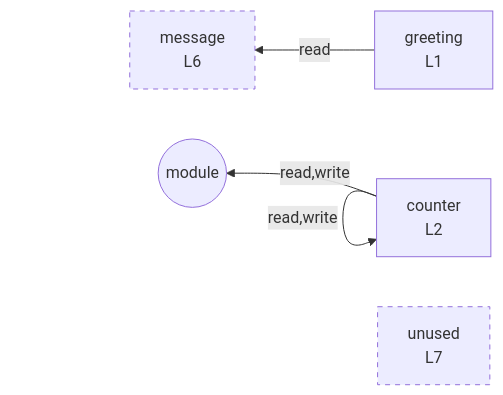
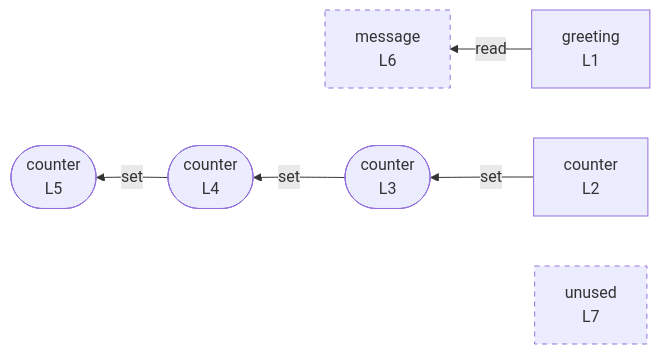
The diagram in integration/fixtures/simple-const-let/preview.md (crescware/unsnarl), drawn with Mermaid before and after one commit. The commit also changed 12 other files, not shown here.

First line of the commit message:
feat(mermaid): chain let writes through dedicated write-op nodes

````diff
--- a/integration/fixtures/simple-const-let/preview.md
+++ b/integration/fixtures/simple-const-let/preview.md
@@ -17,16 +17,17 @@
 ```mermaid
 flowchart RL
   n_scope_0_greeting_6["greeting<br/>L1"]
   n_scope_0_counter_30["counter<br/>L2"]
   n_scope_0_message_97["message<br/>L6"]
   n_scope_0_unused_123["unused<br/>L7"]
-  n_scope_0_counter_30 -->|write| n_scope_0_counter_30
-  n_scope_0_counter_30 -->|read| n_scope_0_counter_30
-  n_scope_0_counter_30 -->|read,write| n_scope_0_counter_30
-  n_scope_0_counter_30 -->|read,write| module_root
+  wr_ref_0(["counter<br/>L3"])
+  wr_ref_2(["counter<br/>L4"])
+  wr_ref_3(["counter<br/>L5"])
+  n_scope_0_counter_30 -->|set| wr_ref_0
+  wr_ref_0 -->|set| wr_ref_2
+  wr_ref_2 -->|set| wr_ref_3
   n_scope_0_greeting_6 -->|read| n_scope_0_message_97
-  module_root((module))
   classDef unused stroke-dasharray: 5 5;
   class n_scope_0_message_97 unused;
   class n_scope_0_unused_123 unused;
 ```
````
